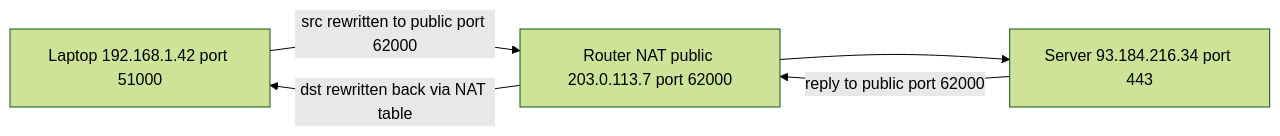
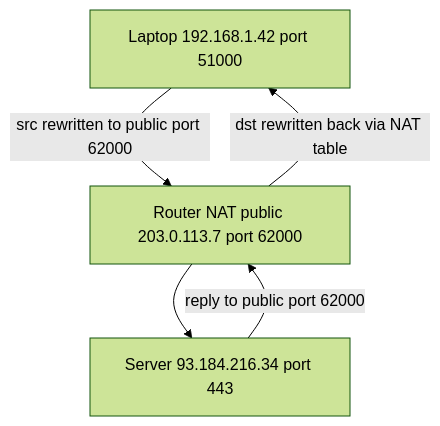
One commit to apolzek/apolzek.github.io changed the fourth of 9 diagrams in _posts/2026-05-29-the-networking-refresher.md. Above: the diagram before and after it, drawn with Mermaid (forest theme).

Commit message:
content: switch NAT diagram to top-down layout

````diff
--- a/_posts/2026-05-29-the-networking-refresher.md
+++ b/_posts/2026-05-29-the-networking-refresher.md
@@ -489,10 +489,10 @@
 ```mermaid
-flowchart LR
+flowchart TD
   L["Laptop 192.168.1.42 port 51000"]
   R["Router NAT public 203.0.113.7 port 62000"]
   S["Server 93.184.216.34 port 443"]
   L -->|"src rewritten to public port 62000"| R
   R --> S
   S -->|"reply to public port 62000"| R
   R -->|"dst rewritten back via NAT table"| L
 ```
````
